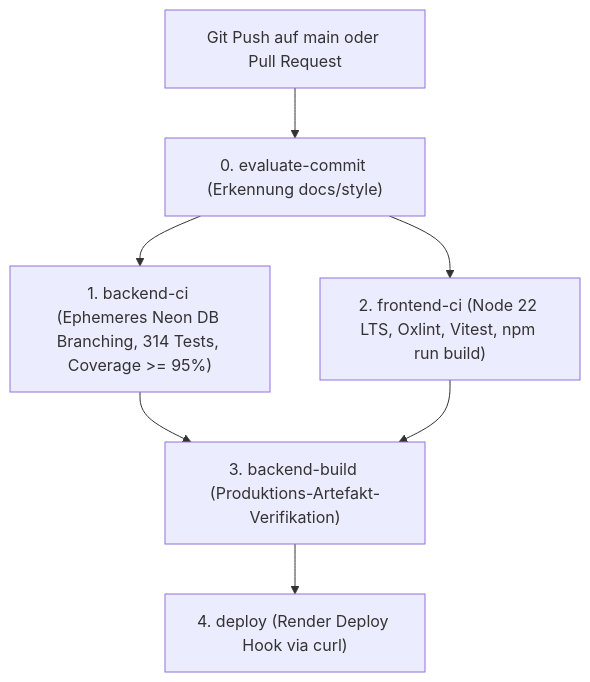
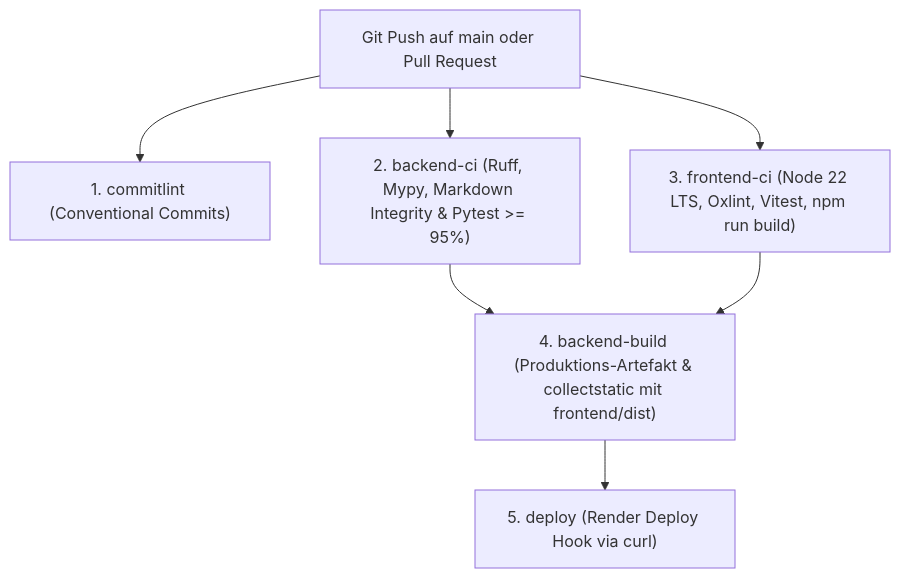
Before and after one commit to dfluechter/portfolio_project: the diagram in docs/wiki/Deployment-and-Operations.md, drawn with Mermaid. The commit also changed other lines of this file and 95 other files, not shown here.

````diff
--- a/docs/wiki/Deployment-and-Operations.md
+++ b/docs/wiki/Deployment-and-Operations.md
@@ -32,9 +25,9 @@
 ```mermaid
 flowchart TD
-    Commit["Git Push auf main oder Pull Request"] --> Eval["0. evaluate-commit (Erkennung docs/style)"]
-    Eval --> BackendCI["1. backend-ci (Ephemeres Neon DB Branching, 314 Tests, Coverage >= 95%)"]
-    Eval --> FrontendCI["2. frontend-ci (Node 22 LTS, Oxlint, Vitest, npm run build)"]
-    BackendCI --> BackendBuild["3. backend-build (Produktions-Artefakt-Verifikation)"]
+    Commit["Git Push auf main oder Pull Request"] --> Commitlint["1. commitlint (Conventional Commits)"]
+    Commit --> BackendCI["2. backend-ci (Ruff, Mypy, Markdown Integrity & Pytest >= 95%)"]
+    Commit --> FrontendCI["3. frontend-ci (Node 22 LTS, Oxlint, Vitest, npm run build)"]
+    BackendCI --> BackendBuild["4. backend-build (Produktions-Artefakt & collectstatic mit frontend/dist)"]
     FrontendCI --> BackendBuild
-    BackendBuild --> Deploy["4. deploy (Render Deploy Hook via curl)"]
+    BackendBuild --> Deploy["5. deploy (Render Deploy Hook via curl)"]
 ```
````
